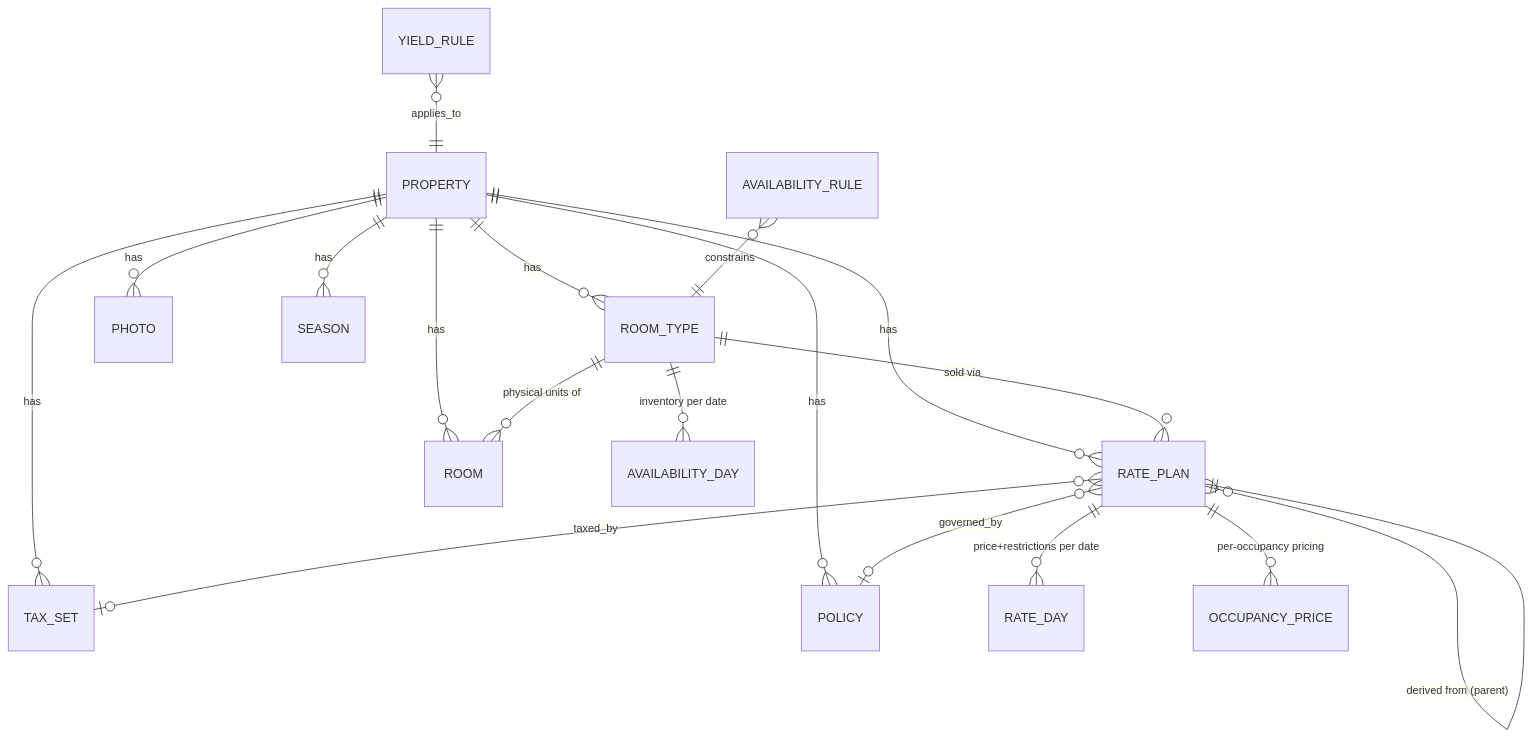
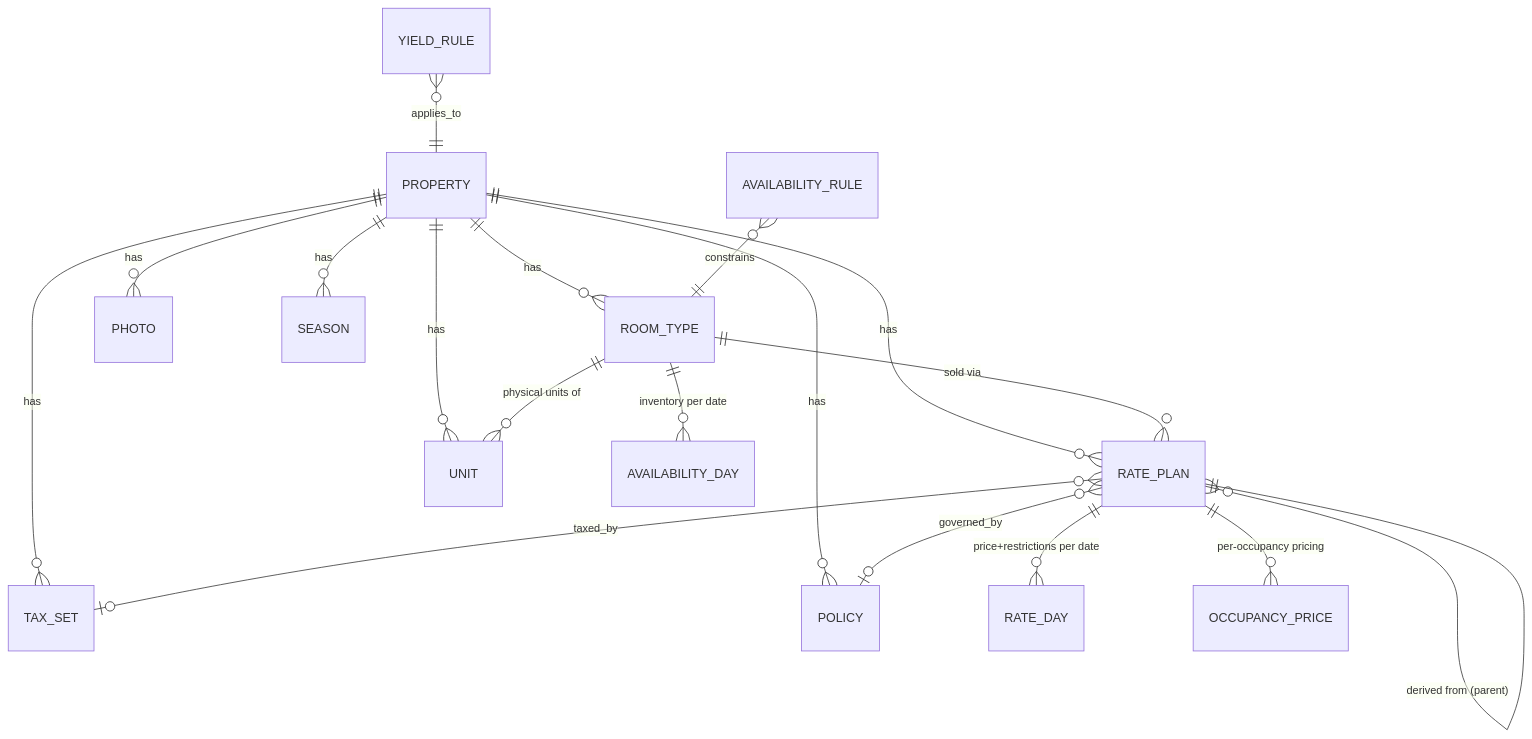
One commit to henihaddad/channex-pms changed the second of 6 diagrams in docs/specs/03-domain-model.md. Above: the diagram before and after it, drawn with Mermaid. The commit also changed other lines of this file and 19 other files, not shown here.

````diff
--- a/docs/specs/03-domain-model.md
+++ b/docs/specs/03-domain-model.md
@@ -58,20 +80,20 @@
 ```mermaid
 erDiagram
   PROPERTY ||--o{ ROOM_TYPE : has
   PROPERTY ||--o{ RATE_PLAN : has
-  PROPERTY ||--o{ ROOM : has
+  PROPERTY ||--o{ UNIT : has
   PROPERTY ||--o{ TAX_SET : has
   PROPERTY ||--o{ POLICY : has
   PROPERTY ||--o{ PHOTO : has
   PROPERTY ||--o{ SEASON : has
-  ROOM_TYPE ||--o{ ROOM : "physical units of"
+  ROOM_TYPE ||--o{ UNIT : "physical units of"
   ROOM_TYPE ||--o{ RATE_PLAN : "sold via"
   ROOM_TYPE ||--o{ AVAILABILITY_DAY : "inventory per date"
   RATE_PLAN ||--o{ RATE_DAY : "price+restrictions per date"
   RATE_PLAN ||--o{ OCCUPANCY_PRICE : "per-occupancy pricing"
   RATE_PLAN }o--|| RATE_PLAN : "derived from (parent)"
   RATE_PLAN }o--o| TAX_SET : taxed_by
   RATE_PLAN }o--o| POLICY : governed_by
   YIELD_RULE }o--|| PROPERTY : applies_to
   AVAILABILITY_RULE }o--|| ROOM_TYPE : constrains
 ```
````
